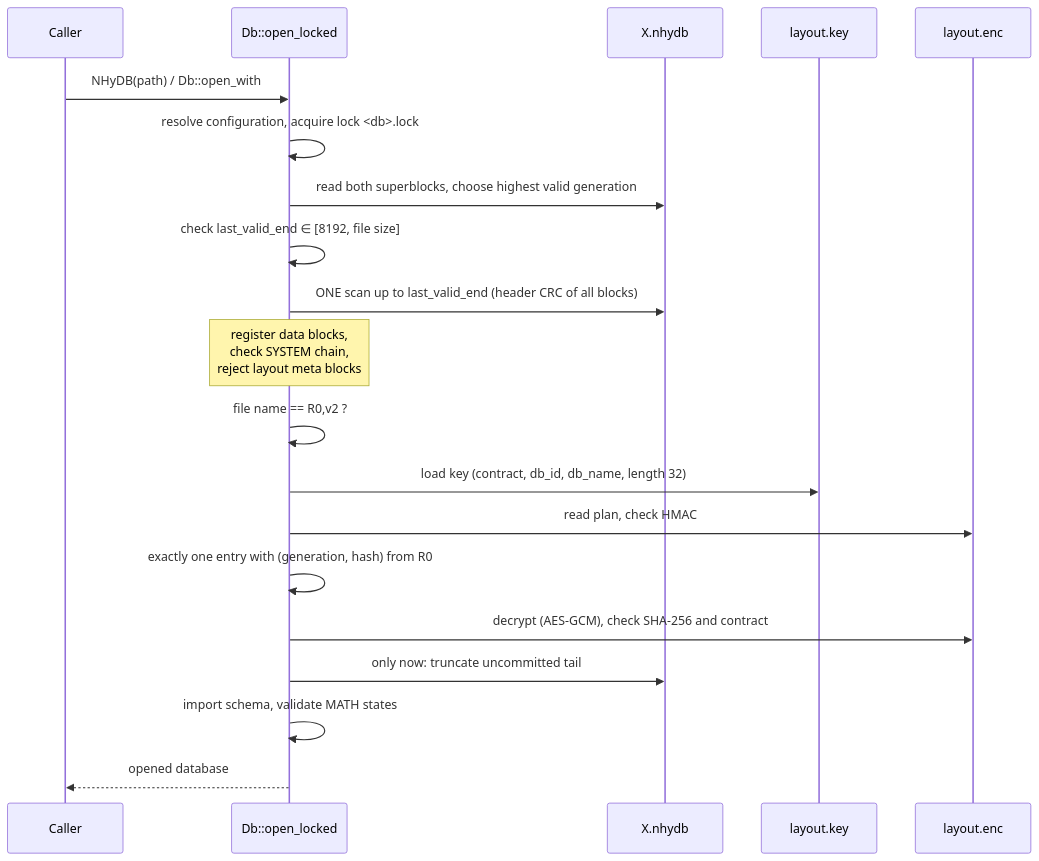
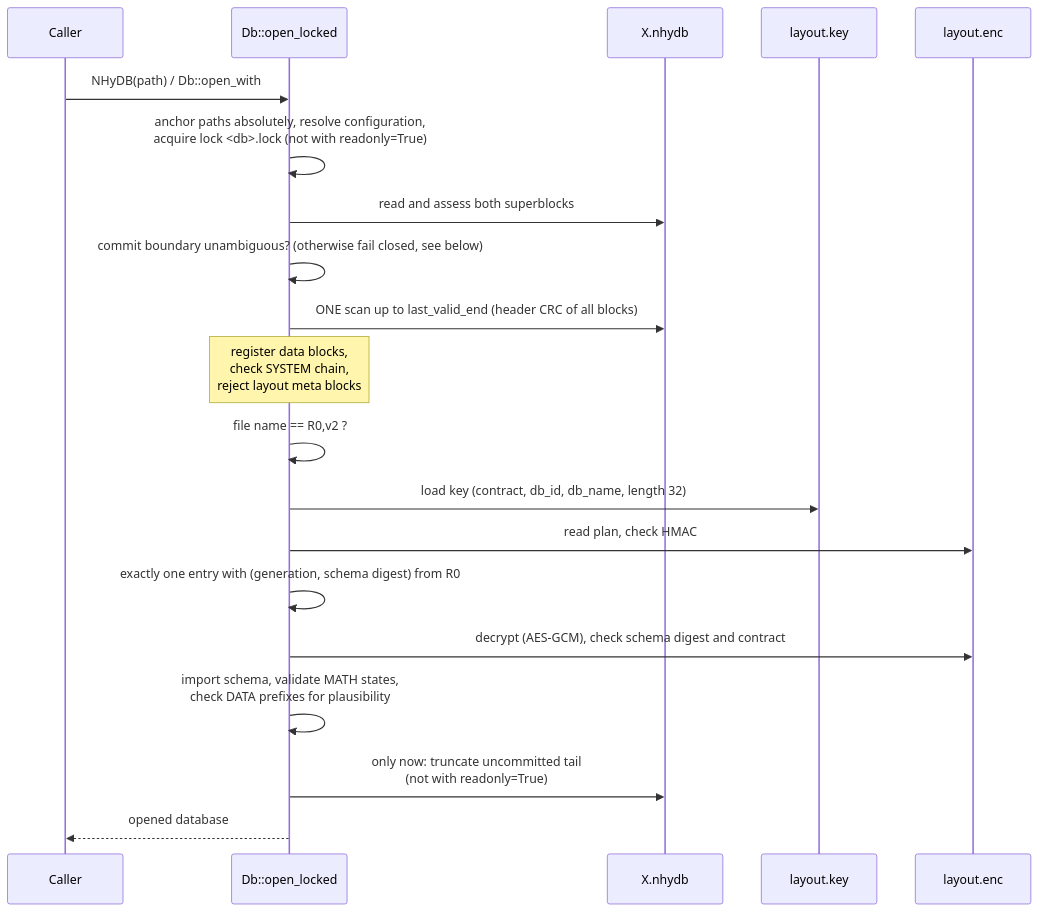
The third of 7 diagrams in docs/en/NHyDB_Technical_Documentation.md (nhydb-run4/NHyDB), drawn with Mermaid before and after one commit. The commit also changed other lines of this file and 102 other files, not shown here.

````diff
--- a/docs/en/NHyDB_Technical_Documentation.md
+++ b/docs/en/NHyDB_Technical_Documentation.md
@@ -1032,22 +1124,22 @@
 ```mermaid
 sequenceDiagram
     participant A as Caller
     participant D as Db::open_locked
     participant F as X.nhydb
     participant K as layout.key
     participant P as layout.enc
     A->>D: NHyDB(path) / Db::open_with
-    D->>D: resolve configuration, acquire lock <db>.lock
-    D->>F: read both superblocks, choose highest valid generation
-    D->>D: check last_valid_end ∈ [8192, file size]
+    D->>D: anchor paths absolutely, resolve configuration,<br/>acquire lock <db>.lock (not with readonly=True)
+    D->>F: read and assess both superblocks
+    D->>D: commit boundary unambiguous? (otherwise fail closed, see below)
     D->>F: ONE scan up to last_valid_end (header CRC of all blocks)
     Note over D: register data blocks,<br/>check SYSTEM chain,<br/>reject layout meta blocks
     D->>D: file name == R0,v2 ?
     D->>K: load key (contract, db_id, db_name, length 32)
     D->>P: read plan, check HMAC
-    D->>D: exactly one entry with (generation, hash) from R0
-    D->>P: decrypt (AES-GCM), check SHA-256 and contract
-    D->>F: only now: truncate uncommitted tail
-    D->>D: import schema, validate MATH states
+    D->>D: exactly one entry with (generation, schema digest) from R0
+    D->>P: decrypt (AES-GCM), check schema digest and contract
+    D->>D: import schema, validate MATH states,<br/>check DATA prefixes for plausibility
+    D->>F: only now: truncate uncommitted tail<br/>(not with readonly=True)
     D-->>A: opened database
 ```
````
